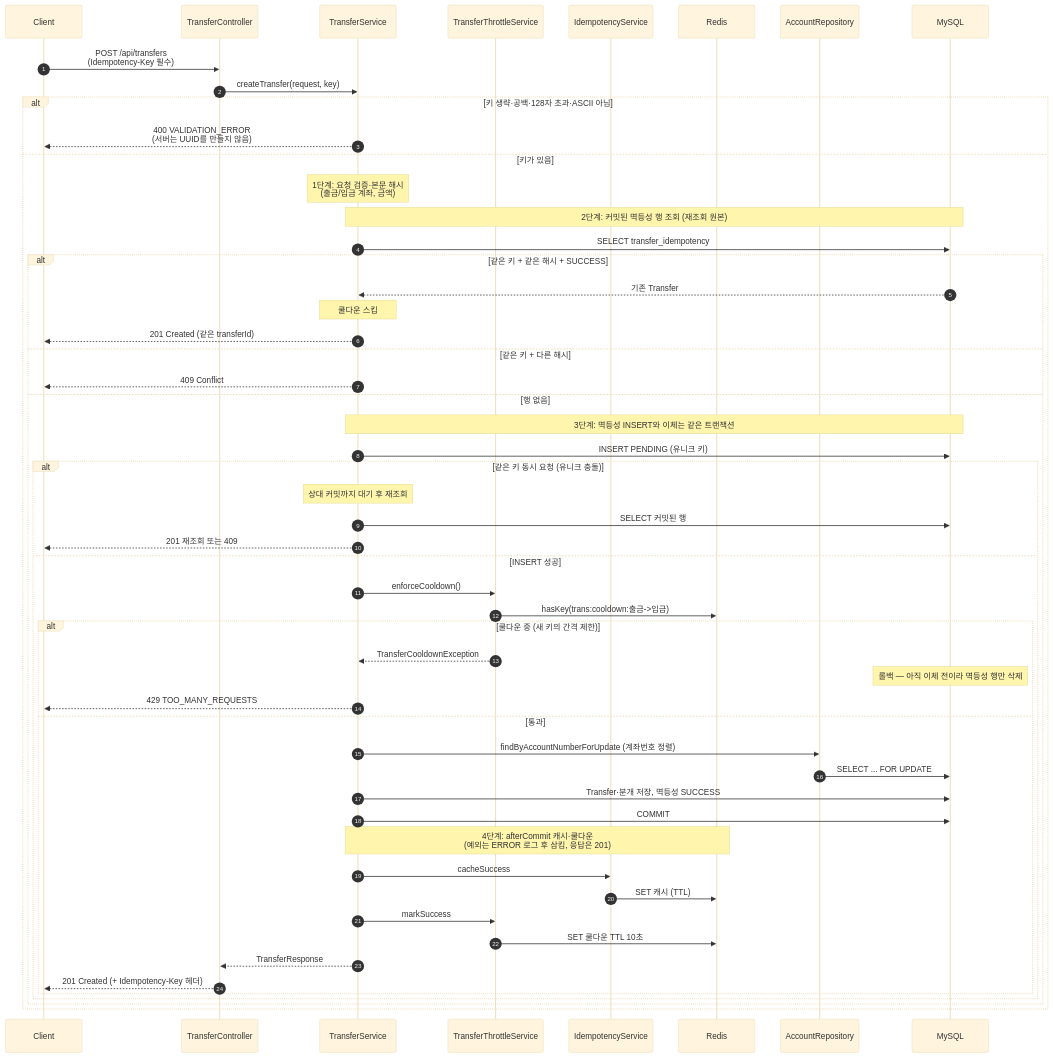
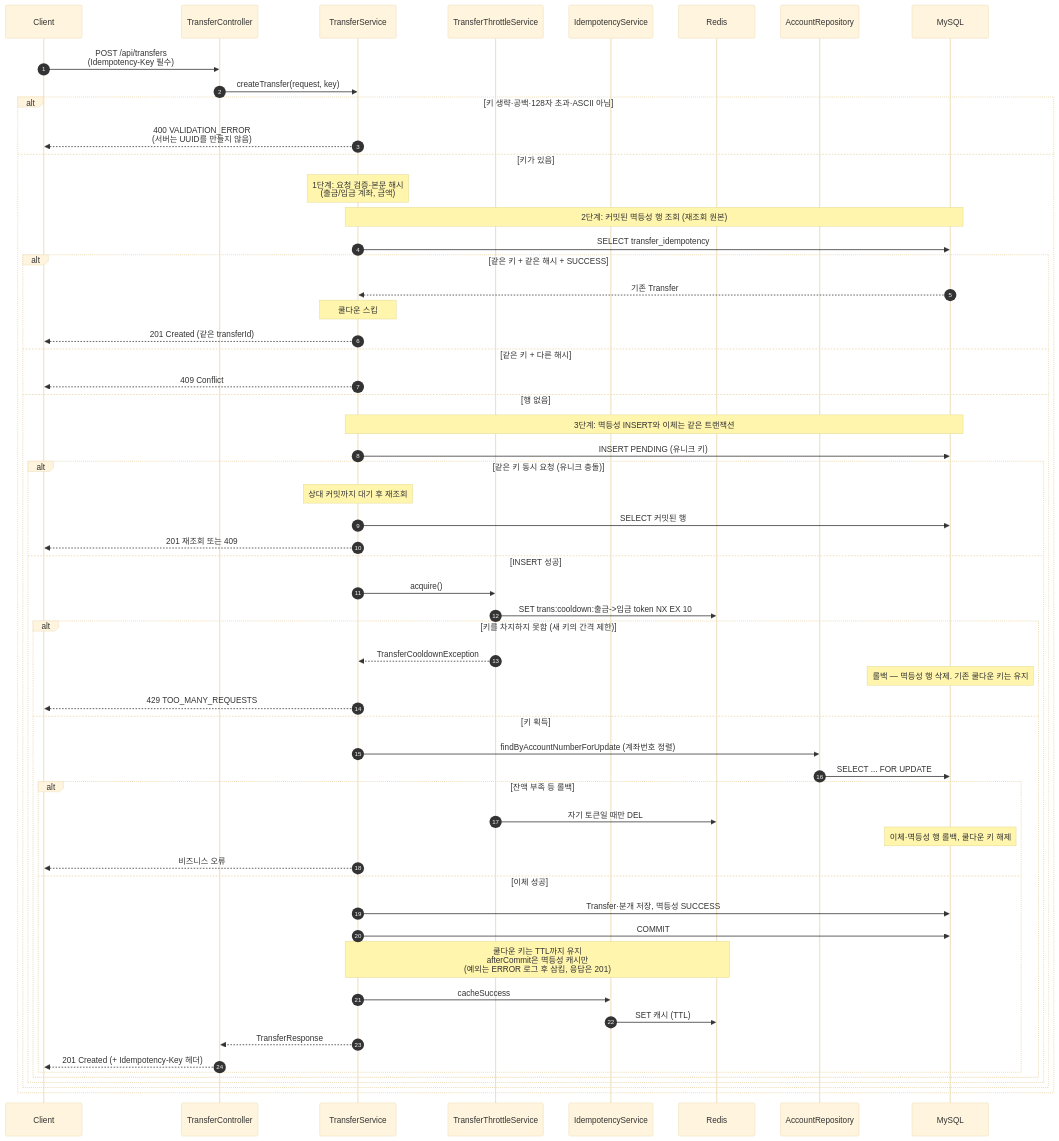
One commit to Pray-T/BankTransferSys_Backend_Restful changed the second of 3 diagrams in README.md. Above: the diagram before and after it, drawn with Mermaid (base theme). The commit also changed other lines of this file and 4 other files, not shown here.

Commit message:
같은 방향의 동시 신규 이체가 쿨다운을 둘 다 통과하지 않도록 Redis 키를 커밋 전에 원자적으로 잡습니다. 이체가 롤백되면 그 키를 풀어 다음 정상 요청이 TTL 동안 막히지 않게 합니다.

````diff
--- a/README.md
+++ b/README.md
@@ -281,56 +281,60 @@
 ```mermaid
 sequenceDiagram
     autonumber
     participant C as Client
     participant TC as TransferController
     participant TS as TransferService
     participant TTS as TransferThrottleService
     participant IS as IdempotencyService
     participant Redis as Redis
     participant AR as AccountRepository
     participant MySQL as MySQL
     C->>TC: POST /api/transfers<br/>(Idempotency-Key 필수)
     TC->>TS: createTransfer(request, key)
     alt 키 생략·공백·128자 초과·ASCII 아님
         TS-->>C: 400 VALIDATION_ERROR<br/>(서버는 UUID를 만들지 않음)
     else 키가 있음
         Note over TS: 1단계: 요청 검증·본문 해시<br/>(출금/입금 계좌, 금액)
         Note over TS,MySQL: 2단계: 커밋된 멱등성 행 조회 (재조회 원본)
         TS->>MySQL: SELECT transfer_idempotency
         alt 같은 키 + 같은 해시 + SUCCESS
             MySQL-->>TS: 기존 Transfer
             Note over TS: 쿨다운 스킵
             TS-->>C: 201 Created (같은 transferId)
         else 같은 키 + 다른 해시
             TS-->>C: 409 Conflict
         else 행 없음
             Note over TS,MySQL: 3단계: 멱등성 INSERT와 이체는 같은 트랜잭션
             TS->>MySQL: INSERT PENDING (유니크 키)
             alt 같은 키 동시 요청 (유니크 충돌)
                 Note over TS: 상대 커밋까지 대기 후 재조회
                 TS->>MySQL: SELECT 커밋된 행
                 TS-->>C: 201 재조회 또는 409
             else INSERT 성공
-                TS->>TTS: enforceCooldown()
-                TTS->>Redis: hasKey(trans:cooldown:출금->입금)
-                alt 쿨다운 중 (새 키의 간격 제한)
+                TS->>TTS: acquire()
+                TTS->>Redis: SET trans:cooldown:출금->입금 token NX EX 10
+                alt 키를 차지하지 못함 (새 키의 간격 제한)
                     TTS-->>TS: TransferCooldownException
-                    Note over MySQL: 롤백 — 아직 이체 전이라 멱등성 행만 삭제
+                    Note over MySQL: 롤백 — 멱등성 행 삭제. 기존 쿨다운 키는 유지
                     TS-->>C: 429 TOO_MANY_REQUESTS
-                else 통과
+                else 키 획득
                     TS->>AR: findByAccountNumberForUpdate (계좌번호 정렬)
                     AR->>MySQL: SELECT ... FOR UPDATE
-                    TS->>MySQL: Transfer·분개 저장, 멱등성 SUCCESS
-                    TS->>MySQL: COMMIT
-                    Note over TS,Redis: 4단계: afterCommit 캐시·쿨다운<br/>(예외는 ERROR 로그 후 삼킴, 응답은 201)
-                    TS->>IS: cacheSuccess
-                    IS->>Redis: SET 캐시 (TTL)
-                    TS->>TTS: markSuccess
-                    TTS->>Redis: SET 쿨다운 TTL 10초
-                    TS-->>TC: TransferResponse
-                    TC-->>C: 201 Created (+ Idempotency-Key 헤더)
+                    alt 잔액 부족 등 롤백
+                        TTS->>Redis: 자기 토큰일 때만 DEL
+                        Note over MySQL: 이체·멱등성 행 롤백, 쿨다운 키 해제
+                        TS-->>C: 비즈니스 오류
+                    else 이체 성공
+                        TS->>MySQL: Transfer·분개 저장, 멱등성 SUCCESS
+                        TS->>MySQL: COMMIT
+                        Note over TS,Redis: 쿨다운 키는 TTL까지 유지<br/>afterCommit은 멱등성 캐시만<br/>(예외는 ERROR 로그 후 삼킴, 응답은 201)
+                        TS->>IS: cacheSuccess
+                        IS->>Redis: SET 캐시 (TTL)
+                        TS-->>TC: TransferResponse
+                        TC-->>C: 201 Created (+ Idempotency-Key 헤더)
+                    end
                 end
             end
         end
     end
 ```
````
